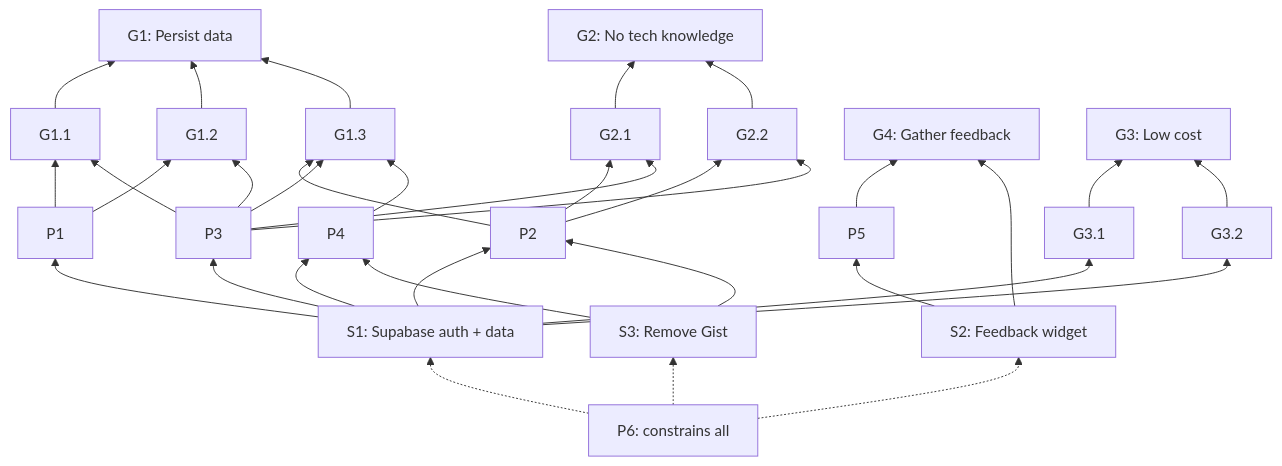
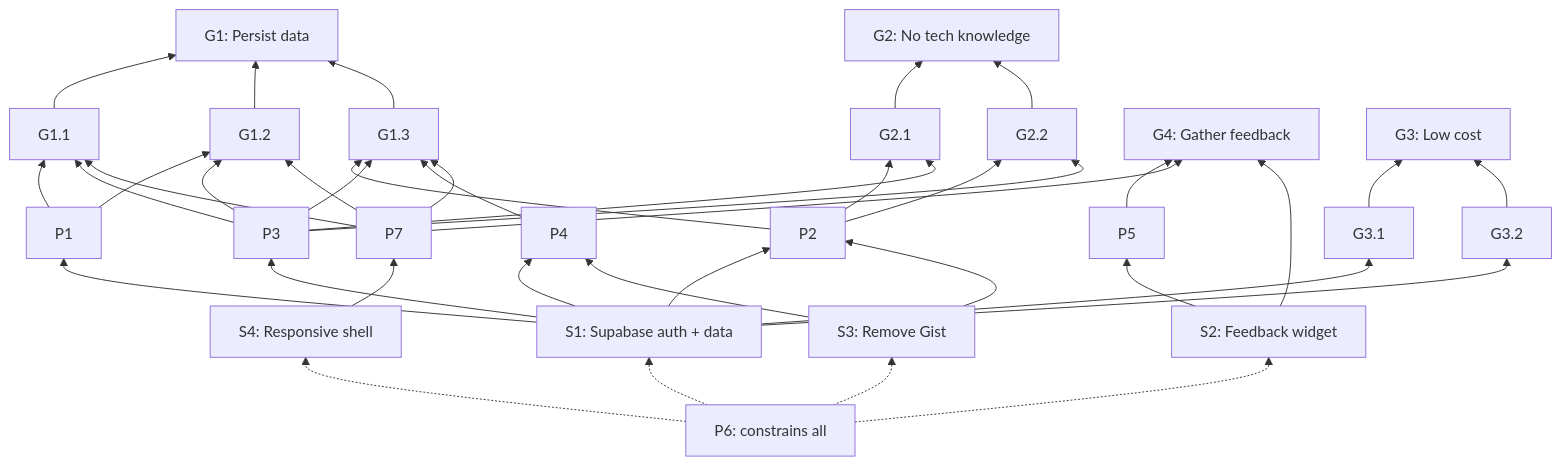
Before and after one commit to dkallen/claude-course: the diagram in docs/analysis/gpsr-iam-persistence-feedback.md, drawn with Mermaid. The commit also changed other lines of this file and 5 other files, not shown here.

First line of the commit message:
Make course.html responsive and retire mobile shell (S4)

````diff
--- a/docs/analysis/gpsr-iam-persistence-feedback.md
+++ b/docs/analysis/gpsr-iam-persistence-feedback.md
@@ -136,39 +151,45 @@
 ```mermaid
 graph BT
     S1[S1: Supabase auth + data] --> P1
     S1 --> P2
     S1 --> P3
     S1 --> P4
     S2[S2: Feedback widget] --> P5
     S3[S3: Remove Gist] --> P2
     S3 --> P4
+    S4[S4: Responsive shell] --> P7
 
     P1 --> G1.1
     P1 --> G1.2
     P2 --> G1.3
     P2 --> G2.1
     P2 --> G2.2
     P3 --> G1.1
     P3 --> G1.2
     P3 --> G1.3
     P3 --> G2.1
     P3 --> G2.2
     P4 --> G1.3
     P5 --> G4
+    P7 --> G1.1
+    P7 --> G1.2
+    P7 --> G1.3
+    P7 --> G4
 
     G1.1 --> G1[G1: Persist data]
     G1.2 --> G1
     G1.3 --> G1
     G2.1 --> G2[G2: No tech knowledge]
     G2.2 --> G2
     G3.1 --> G3[G3: Low cost]
     G3.2 --> G3
 
     S1 --> G3.1
     S1 --> G3.2
     S2 --> G4[G4: Gather feedback]
 
     P6[P6: constrains all] -.-> S1
     P6 -.-> S2
     P6 -.-> S3
+    P6 -.-> S4
 ```
````
